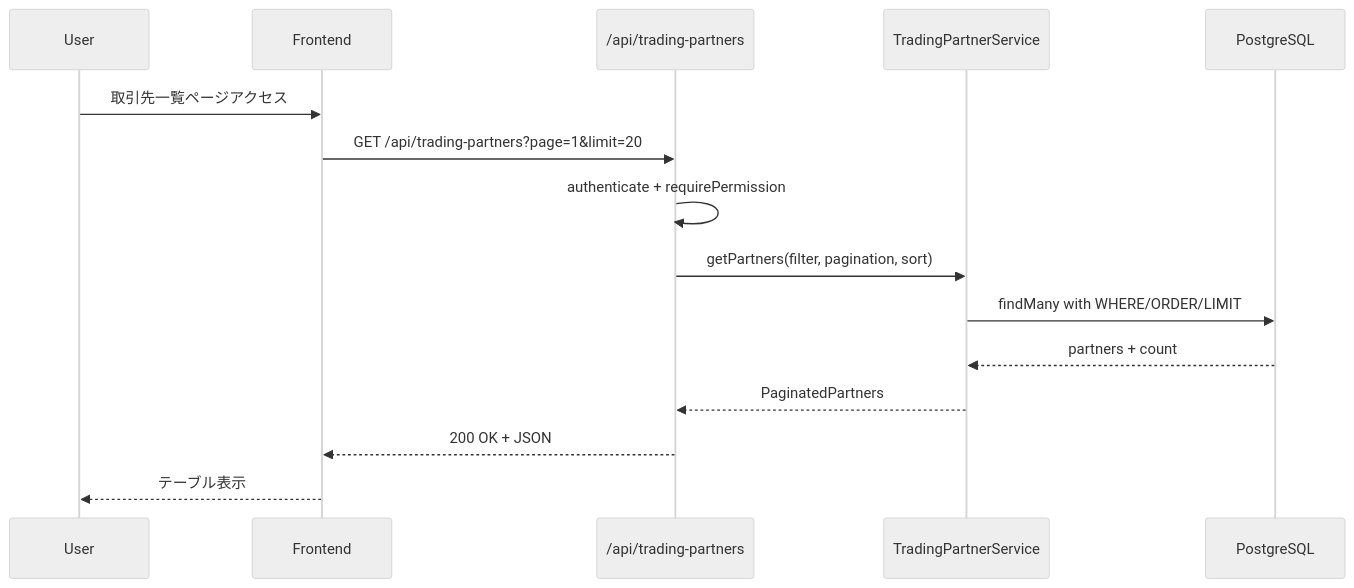
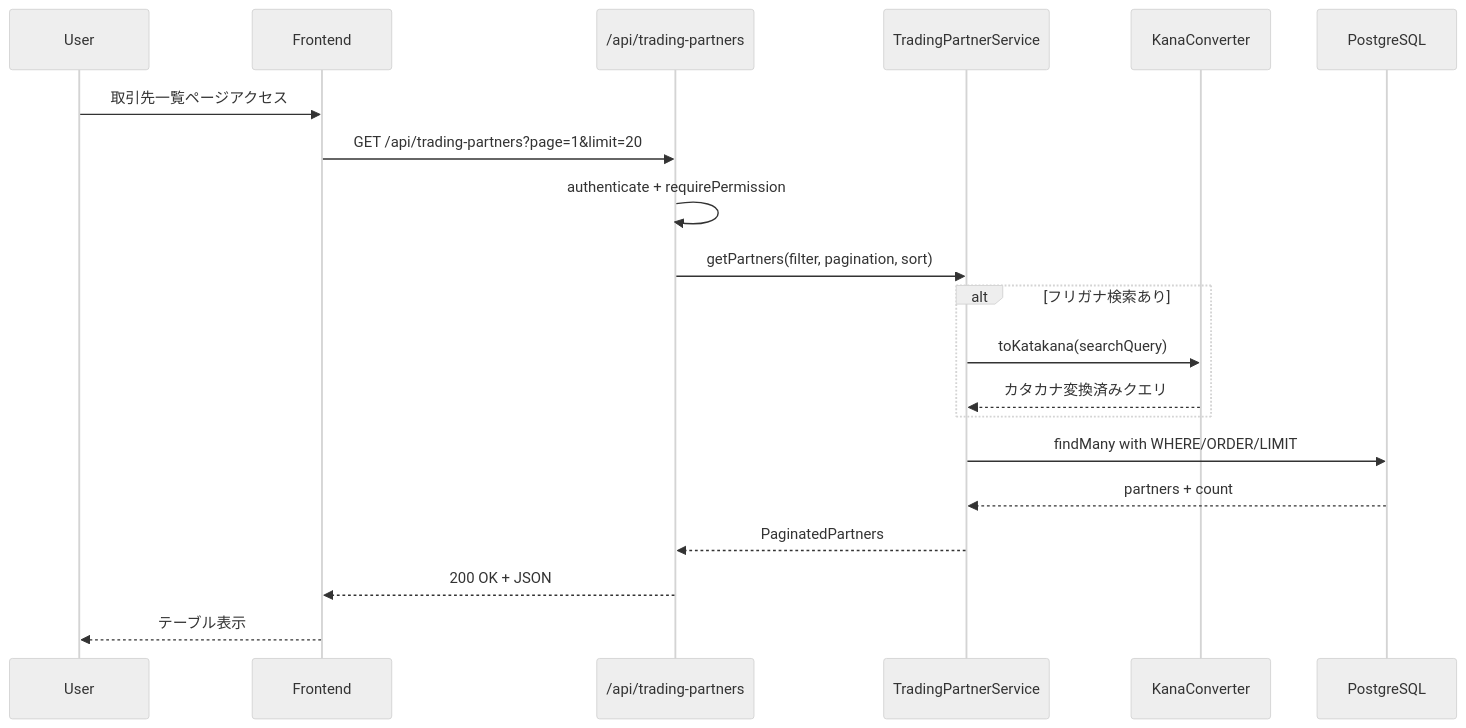
Before and after one commit to inakanou/ArchiTrack: the second of 6 diagrams in .kiro/specs/trading-partner-management/design.md, drawn with Mermaid (neutral theme). The commit also changed other lines of this file and 3 other files, not shown here.

````diff
--- a/.kiro/specs/trading-partner-management/design.md
+++ b/.kiro/specs/trading-partner-management/design.md
@@ -135,18 +138,23 @@
 ```mermaid
 sequenceDiagram
     participant User
     participant Frontend
     participant API as /api/trading-partners
     participant Service as TradingPartnerService
+    participant KanaConv as KanaConverter
     participant DB as PostgreSQL
 
     User->>Frontend: 取引先一覧ページアクセス
     Frontend->>API: GET /api/trading-partners?page=1&limit=20
     API->>API: authenticate + requirePermission
     API->>Service: getPartners(filter, pagination, sort)
+    alt フリガナ検索あり
+        Service->>KanaConv: toKatakana(searchQuery)
+        KanaConv-->>Service: カタカナ変換済みクエリ
+    end
     Service->>DB: findMany with WHERE/ORDER/LIMIT
     DB-->>Service: partners + count
     Service-->>API: PaginatedPartners
     API-->>Frontend: 200 OK + JSON
     Frontend-->>User: テーブル表示
 ```
````
